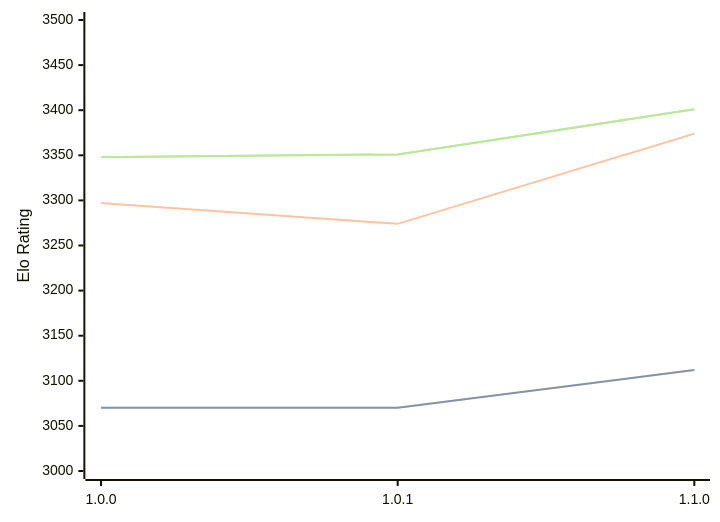
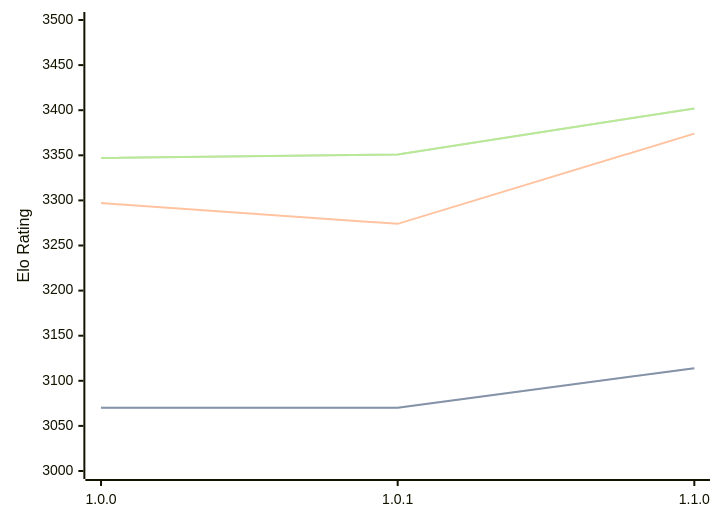
The diagram in engines/Ursus.md (computer-chess-index/cci), drawn with Mermaid before and after one commit. The commit also changed other lines of this file, not shown here.

Commit message:
Update CCI Ratings (ELO VLTC) - 2026-09-11

````diff
--- a/engines/Ursus.md
+++ b/engines/Ursus.md
@@ -33,11 +33,11 @@
 ```mermaid
 %%{init: {"theme":"base","themeVariables":{"seriesColors:['#a3a3a3','#222221','#faa371']}}}%%
 xychart-beta
   x-axis ["1.0.0", "1.0.1", "1.1.0"]
   y-axis "Elo Rating" 3000 --> 3500
-  line "" [3070, 3070, 3112]
-  line "STC (8.0+0.08s)" [3070, 3070, 3112]
+  line "" [3070, 3070, 3114]
+  line "STC (8.0+0.08s)" [3070, 3070, 3114]
   line "LTC (60.0+0.60s)" [3297, 3274, 3374]
-  line "" [3348, 3351, 3401]
-  line "VLTC (2m24s+1.12s)" [3348, 3351, 3401]
+  line "" [3347, 3351, 3402]
+  line "VLTC (2m24s+1.12s)" [3347, 3351, 3402]
 ```
````
